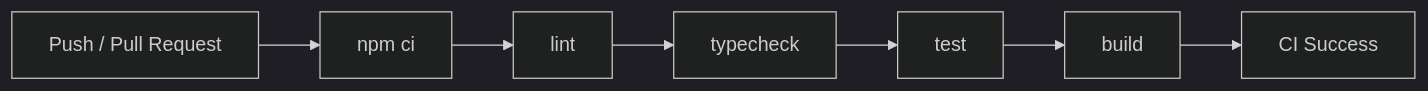
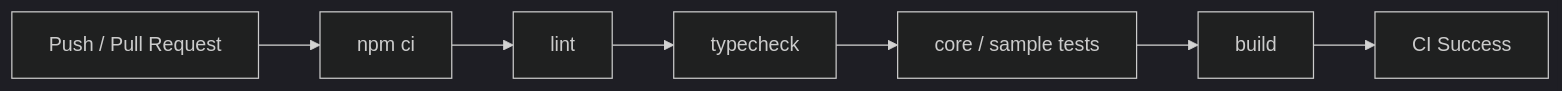
Before and after one commit to k-systems202208/nextjs-supabase-vercel-webapp-template: the fourth of 4 diagrams in README.md, drawn with Mermaid (dark theme). The commit also changed other lines of this file and 15 other files, not shown here.

````diff
--- a/README.md
+++ b/README.md
@@ -168,9 +177,9 @@
 ```mermaid
 flowchart LR
     P["Push / Pull Request"] --> I["npm ci"]
     I --> L["lint"]
     L --> T["typecheck"]
-    T --> S["test"]
+    T --> S["core / sample tests"]
     S --> B["build"]
     B --> OK["CI Success"]
 ```
````
